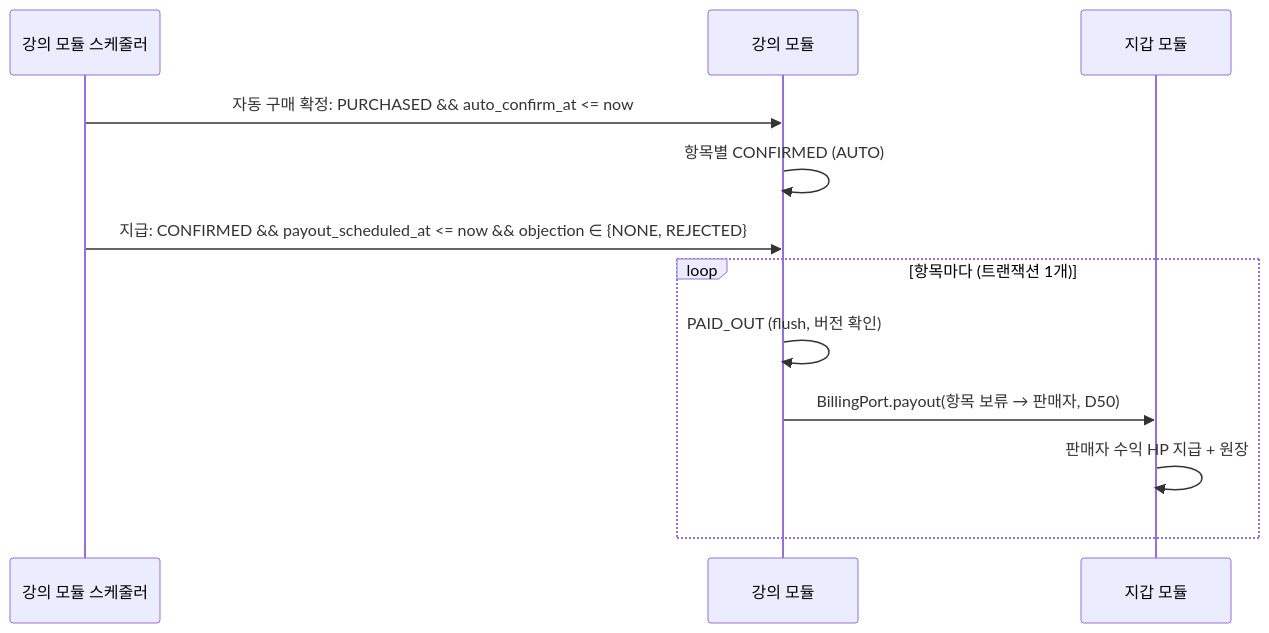
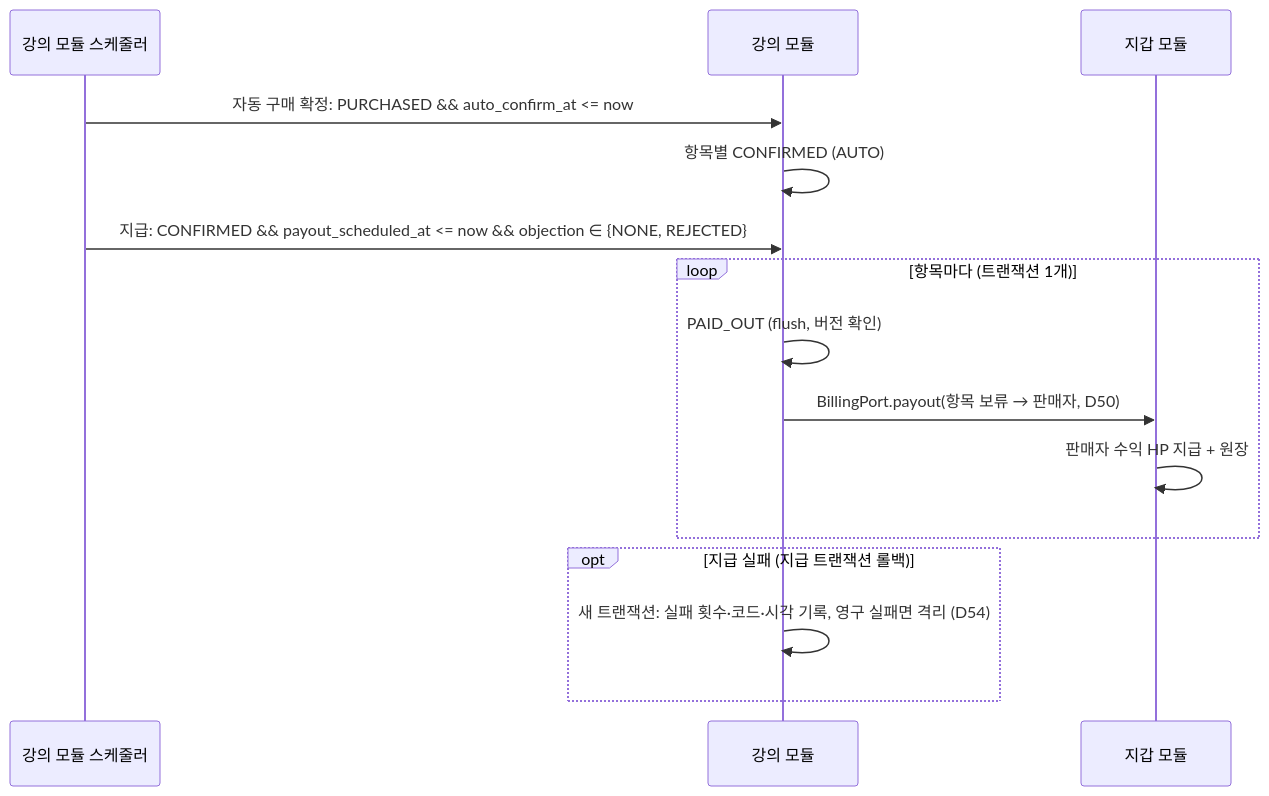
One commit to prgrms-be-adv-devcourse/beadv8_8_LMS_BE changed the seventh of 9 diagrams in docs/design/lecture-module.md. Above: the diagram before and after it, drawn with Mermaid. The commit also changed other lines of this file and 22 other files, not shown here.

````diff
--- a/docs/design/lecture-module.md
+++ b/docs/design/lecture-module.md
@@ -456,14 +456,17 @@
 ```mermaid
 sequenceDiagram
     participant SCH as 강의 모듈 스케줄러
     participant LEC as 강의 모듈
     participant WAL as 지갑 모듈
     SCH->>LEC: 자동 구매 확정: PURCHASED && auto_confirm_at <= now
     LEC->>LEC: 항목별 CONFIRMED (AUTO)
     SCH->>LEC: 지급: CONFIRMED && payout_scheduled_at <= now && objection ∈ {NONE, REJECTED}
     loop 항목마다 (트랜잭션 1개)
         LEC->>LEC: PAID_OUT (flush, 버전 확인)
         LEC->>WAL: BillingPort.payout(항목 보류 → 판매자, D50)
         WAL->>WAL: 판매자 수익 HP 지급 + 원장
     end
+    opt 지급 실패 (지급 트랜잭션 롤백)
+        LEC->>LEC: 새 트랜잭션: 실패 횟수·코드·시각 기록, 영구 실패면 격리 (D54)
+    end
 ```
````
